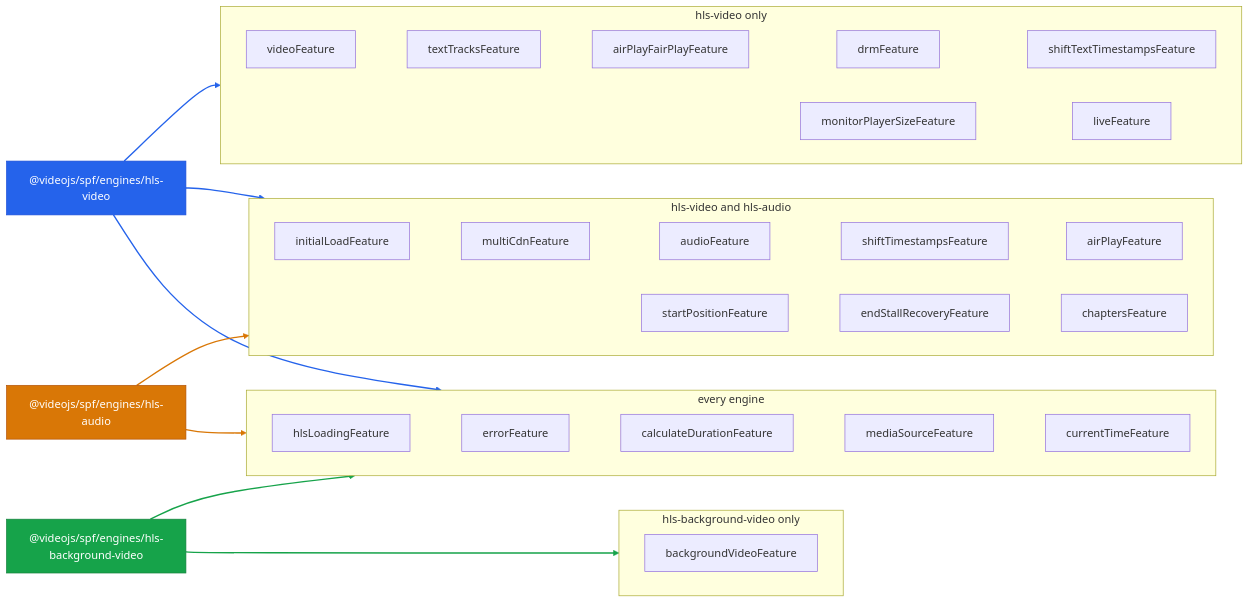
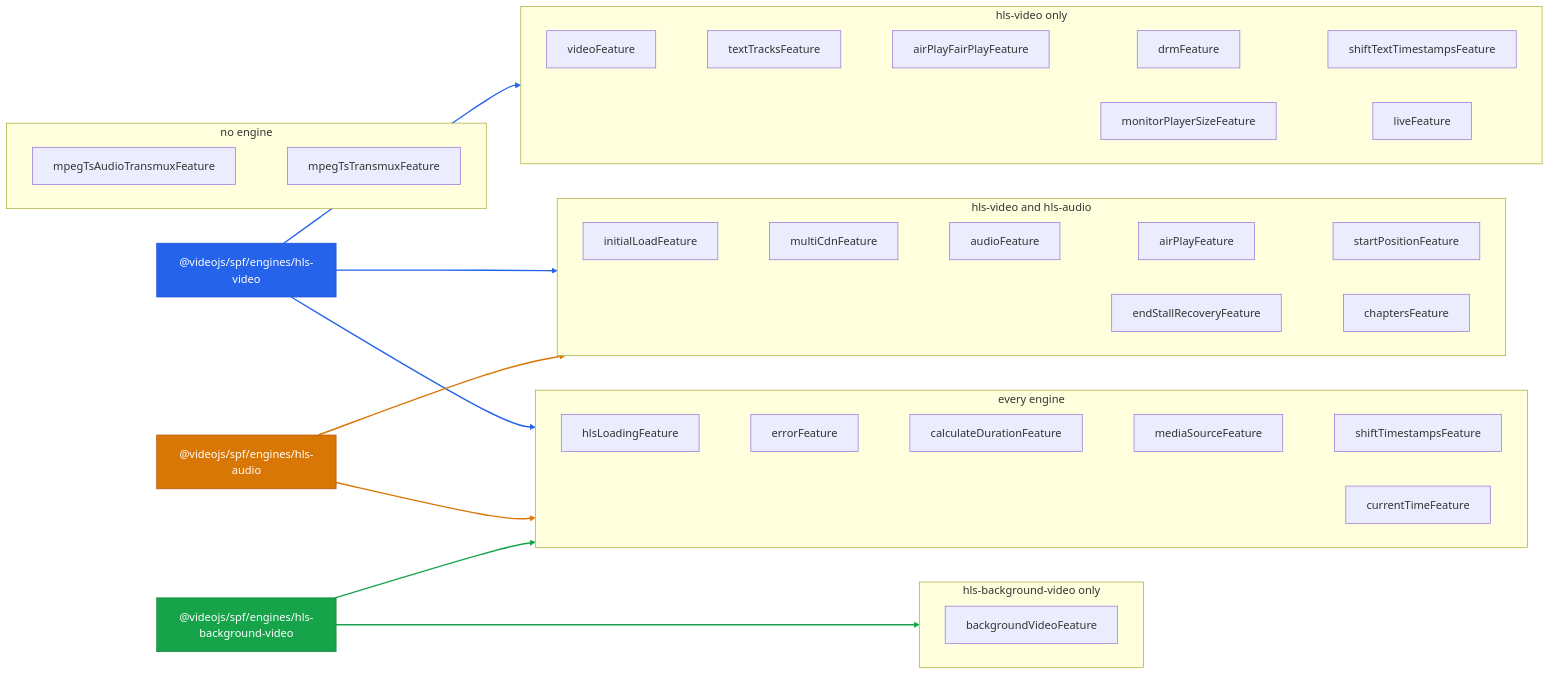
The diagram in packages/spf/docs/reference/README.md (videojs/video.js), drawn with Mermaid before and after one commit. The commit also changed other lines of this file and 6 other files, not shown here.

````diff
--- a/packages/spf/docs/reference/README.md
+++ b/packages/spf/docs/reference/README.md
@@ -11,61 +11,67 @@
 ```mermaid
 graph LR
   classDef engine_hls_video fill:#2563eb,stroke:#1d4ed8,color:#fff
   engine_hls_video["@videojs/spf/engines/hls-video"]:::engine_hls_video
   classDef engine_hls_audio fill:#d97706,stroke:#b45309,color:#fff
   engine_hls_audio["@videojs/spf/engines/hls-audio"]:::engine_hls_audio
   classDef engine_hls_background_video fill:#16a34a,stroke:#15803d,color:#fff
   engine_hls_background_video["@videojs/spf/engines/hls-background-video"]:::engine_hls_background_video
-  subgraph group_0["hls-video only"]
+  subgraph group_0["no engine"]
+    direction LR
+    feature_mpeg_ts_audio_transmux["mpegTsAudioTransmuxFeature"]
+    feature_mpeg_ts_transmux["mpegTsTransmuxFeature"]
+    feature_mpeg_ts_audio_transmux ~~~ feature_mpeg_ts_transmux
+  end
+  subgraph group_1["hls-video only"]
     direction LR
     feature_video["videoFeature"]
     feature_text_tracks["textTracksFeature"]
     feature_airplay_fairplay["airPlayFairPlayFeature"]
     feature_drm["drmFeature"]
     feature_shift_text_timestamps["shiftTextTimestampsFeature"]
     feature_monitor_player_size["monitorPlayerSizeFeature"]
     feature_live["liveFeature"]
     feature_video ~~~ feature_text_tracks ~~~ feature_airplay_fairplay ~~~ feature_drm ~~~ feature_shift_text_timestamps
     feature_monitor_player_size ~~~ feature_live
   end
-  subgraph group_1["hls-video and hls-audio"]
+  subgraph group_2["hls-video and hls-audio"]
     direction LR
     feature_initial_load["initialLoadFeature"]
     feature_multi_cdn["multiCdnFeature"]
     feature_audio["audioFeature"]
-    feature_shift_timestamps["shiftTimestampsFeature"]
     feature_airplay["airPlayFeature"]
     feature_start_position["startPositionFeature"]
     feature_end_stall_recovery["endStallRecoveryFeature"]
     feature_chapters["chaptersFeature"]
-    feature_initial_load ~~~ feature_multi_cdn ~~~ feature_audio ~~~ feature_shift_timestamps ~~~ feature_airplay
-    feature_start_position ~~~ feature_end_stall_recovery ~~~ feature_chapters
+    feature_initial_load ~~~ feature_multi_cdn ~~~ feature_audio ~~~ feature_airplay ~~~ feature_start_position
+    feature_end_stall_recovery ~~~ feature_chapters
   end
-  subgraph group_2["every engine"]
+  subgraph group_3["every engine"]
     direction LR
     feature_hls_loading["hlsLoadingFeature"]
     feature_error["errorFeature"]
     feature_calculate_duration["calculateDurationFeature"]
     feature_media_source["mediaSourceFeature"]
+    feature_shift_timestamps["shiftTimestampsFeature"]
     feature_current_time["currentTimeFeature"]
-    feature_hls_loading ~~~ feature_error ~~~ feature_calculate_duration ~~~ feature_media_source ~~~ feature_current_time
+    feature_hls_loading ~~~ feature_error ~~~ feature_calculate_duration ~~~ feature_media_source ~~~ feature_shift_timestamps
   end
-  subgraph group_3["hls-background-video only"]
+  subgraph group_4["hls-background-video only"]
     direction LR
     feature_background_video["backgroundVideoFeature"]
   end
-  engine_hls_video --> group_0
+  engine_hls_video --> group_1
   linkStyle 15 stroke:#2563eb,stroke-width:2px
-  engine_hls_video --> group_1
+  engine_hls_video --> group_2
   linkStyle 16 stroke:#2563eb,stroke-width:2px
-  engine_hls_video --> group_2
+  engine_hls_video --> group_3
   linkStyle 17 stroke:#2563eb,stroke-width:2px
-  engine_hls_audio --> group_1
+  engine_hls_audio --> group_2
   linkStyle 18 stroke:#d97706,stroke-width:2px
-  engine_hls_audio --> group_2
+  engine_hls_audio --> group_3
   linkStyle 19 stroke:#d97706,stroke-width:2px
-  engine_hls_background_video --> group_2
+  engine_hls_background_video --> group_3
   linkStyle 20 stroke:#16a34a,stroke-width:2px
-  engine_hls_background_video --> group_3
+  engine_hls_background_video --> group_4
   linkStyle 21 stroke:#16a34a,stroke-width:2px
 ```
````
